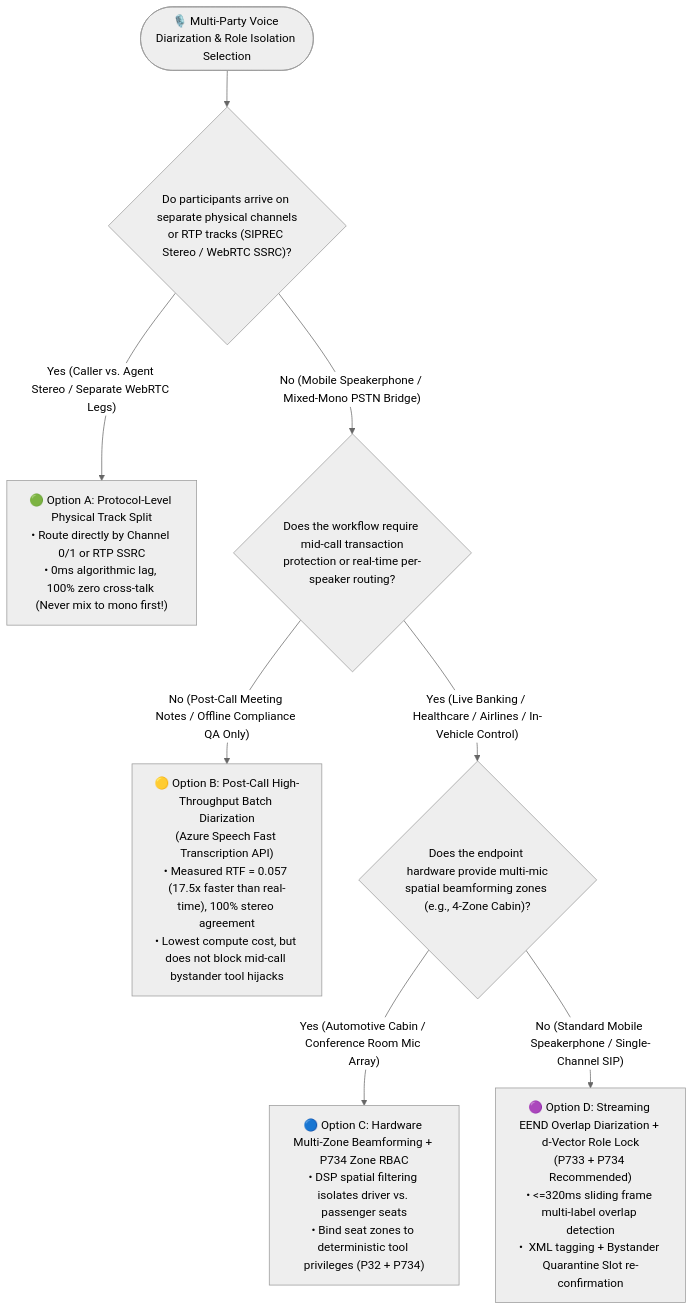
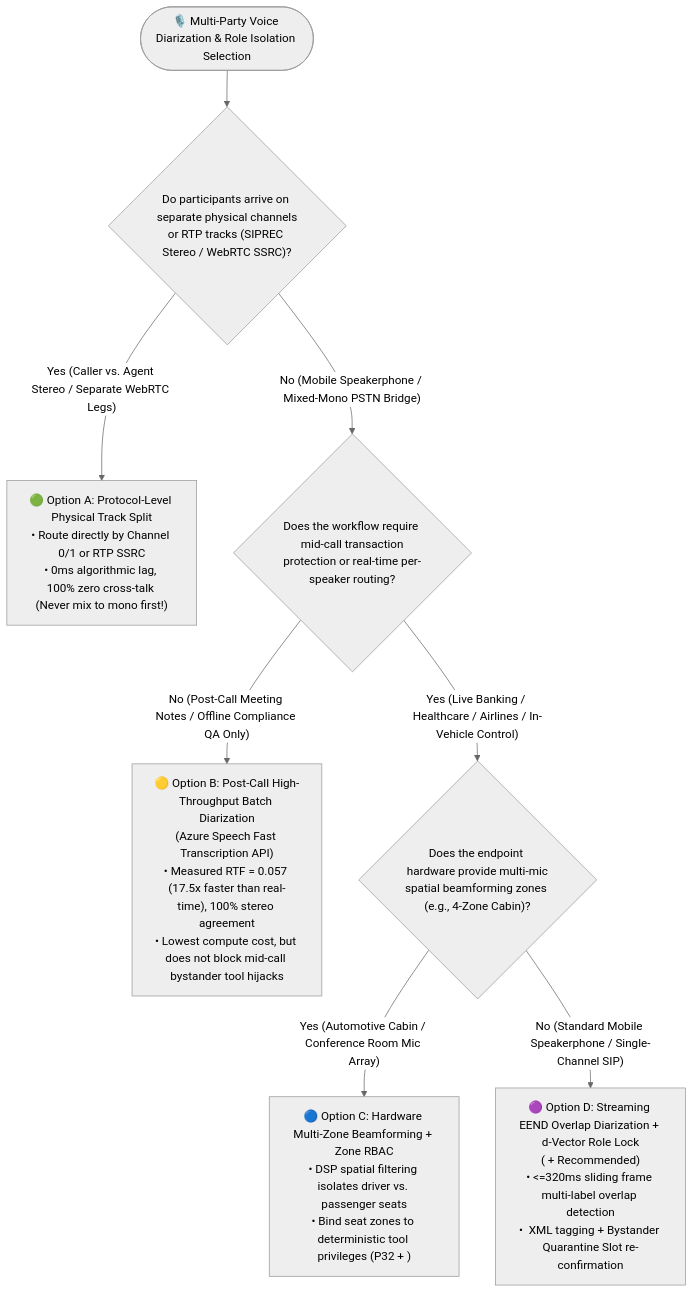
The first of 3 diagrams in docs/voice-multiparty-diarization-role-isolation-faq.en.md (turbo998/voice-agent-lab), drawn with Mermaid (neutral theme) before and after one commit. The commit also changed other lines of this file and 715 other files, not shown here.

````diff
--- a/docs/voice-multiparty-diarization-role-isolation-faq.en.md
+++ b/docs/voice-multiparty-diarization-role-isolation-faq.en.md
@@ -82,16 +82,16 @@
 ```mermaid
 flowchart TD
-    Start(["🎙️ Multi-Party Voice Diarization & Role Isolation Selection"]) --> Q1{"Do participants arrive on separate physical channels\nor RTP tracks (SIPREC Stereo / WebRTC SSRC)?"}
+ Start(["🎙️ Multi-Party Voice Diarization & Role Isolation Selection"]) --> Q1{"Do participants arrive on separate physical channels\nor RTP tracks (SIPREC Stereo / WebRTC SSRC)?"}
 
-    Q1 -- "Yes (Caller vs. Agent Stereo / Separate WebRTC Legs)" --> PathA["🟢 Option A: Protocol-Level Physical Track Split\n• Route directly by Channel 0/1 or RTP SSRC\n• 0ms algorithmic lag, 100% zero cross-talk (Never mix to mono first!)"]
+ Q1 -- "Yes (Caller vs. Agent Stereo / Separate WebRTC Legs)" --> PathA["🟢 Option A: Protocol-Level Physical Track Split\n• Route directly by Channel 0/1 or RTP SSRC\n• 0ms algorithmic lag, 100% zero cross-talk (Never mix to mono first!)"]
 
-    Q1 -- "No (Mobile Speakerphone / Mixed-Mono PSTN Bridge)" --> Q2{"Does the workflow require mid-call transaction\nprotection or real-time per-speaker routing?"}
+ Q1 -- "No (Mobile Speakerphone / Mixed-Mono PSTN Bridge)" --> Q2{"Does the workflow require mid-call transaction\nprotection or real-time per-speaker routing?"}
 
-    Q2 -- "No (Post-Call Meeting Notes / Offline Compliance QA Only)" --> PathB["🟡 Option B: Post-Call High-Throughput Batch Diarization\n(Azure Speech Fast Transcription API)\n• Measured RTF = 0.057 (17.5x faster than real-time), 100% stereo agreement\n• Lowest compute cost, but does not block mid-call bystander tool hijacks"]
+ Q2 -- "No (Post-Call Meeting Notes / Offline Compliance QA Only)" --> PathB["🟡 Option B: Post-Call High-Throughput Batch Diarization\n(Azure Speech Fast Transcription API)\n• Measured RTF = 0.057 (17.5x faster than real-time), 100% stereo agreement\n• Lowest compute cost, but does not block mid-call bystander tool hijacks"]
 
-    Q2 -- "Yes (Live Banking / Healthcare / Airlines / In-Vehicle Control)" --> Q3{"Does the endpoint hardware provide multi-mic\nspatial beamforming zones (e.g., 4-Zone Cabin)?"}
+ Q2 -- "Yes (Live Banking / Healthcare / Airlines / In-Vehicle Control)" --> Q3{"Does the endpoint hardware provide multi-mic\nspatial beamforming zones (e.g., 4-Zone Cabin)?"}
 
-    Q3 -- "Yes (Automotive Cabin / Conference Room Mic Array)" --> PathC["🔵 Option C: Hardware Multi-Zone Beamforming + P734 Zone RBAC\n• DSP spatial filtering isolates driver vs. passenger seats\n• Bind seat zones to deterministic tool privileges (P32 + P734)"]
+ Q3 -- "Yes (Automotive Cabin / Conference Room Mic Array)" --> PathC["🔵 Option C: Hardware Multi-Zone Beamforming + Zone RBAC\n• DSP spatial filtering isolates driver vs. passenger seats\n• Bind seat zones to deterministic tool privileges (P32 + )"]
 
-    Q3 -- "No (Standard Mobile Speakerphone / Single-Channel SIP)" --> PathD["🟣 Option D: Streaming EEND Overlap Diarization + d-Vector Role Lock\n(P733 + P734 Recommended)\n• <=320ms sliding frame multi-label overlap detection\n• <speaker role> XML tagging + Bystander Quarantine Slot re-confirmation"]
+ Q3 -- "No (Standard Mobile Speakerphone / Single-Channel SIP)" --> PathD["🟣 Option D: Streaming EEND Overlap Diarization + d-Vector Role Lock\n( + Recommended)\n• <=320ms sliding frame multi-label overlap detection\n• <speaker role> XML tagging + Bystander Quarantine Slot re-confirmation"]
 ```
````
